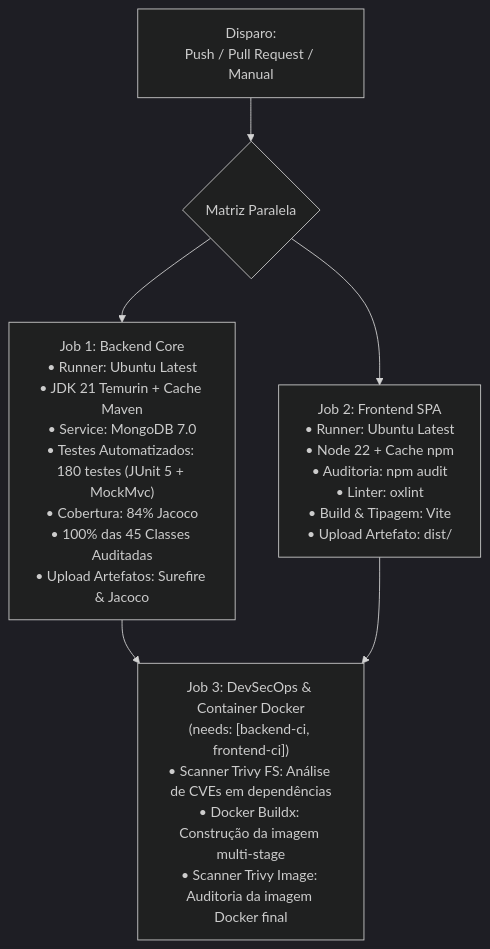
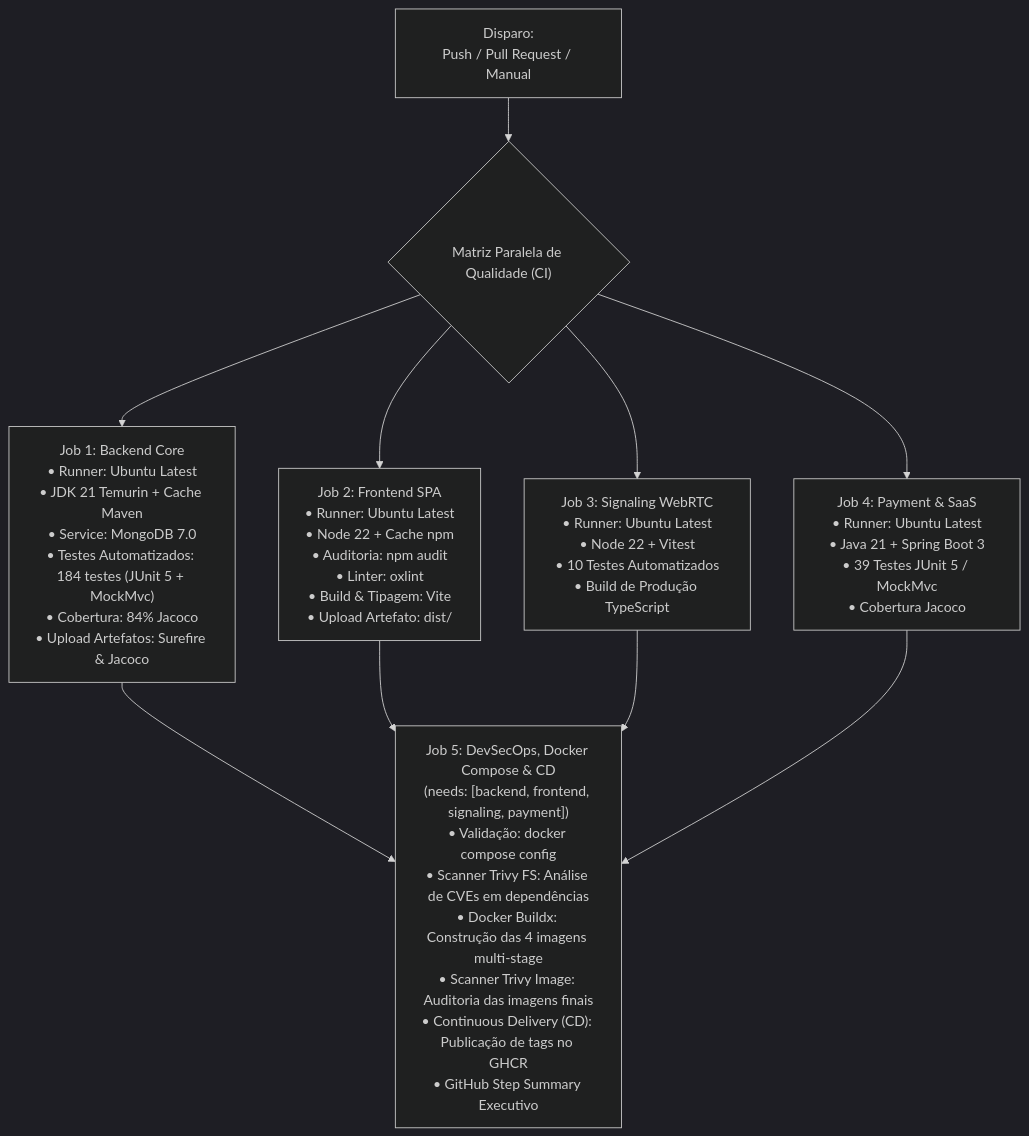
The diagram in 4-Semestre/devops/README.md (GuilhermeSilva-25/active-age), drawn with Mermaid (dark theme) before and after one commit. The commit also changed other lines of this file and 13 other files, not shown here.

````diff
--- a/4-Semestre/devops/README.md
+++ b/4-Semestre/devops/README.md
@@ -27,8 +27,12 @@
 ```mermaid
 flowchart TD
-    TRIG["Disparo:<br>Push / Pull Request / Manual"] --> FORK{"Matriz Paralela"}
-    FORK --> BACK["Job 1: Backend Core<br>• Runner: Ubuntu Latest<br>• JDK 21 Temurin + Cache Maven<br>• Service: MongoDB 7.0<br>• Testes Automatizados: 180 testes (JUnit 5 + MockMvc)<br>• Cobertura: 84% Jacoco<br>• 100% das 45 Classes Auditadas<br>• Upload Artefatos: Surefire & Jacoco"]
+    TRIG["Disparo:<br>Push / Pull Request / Manual"] --> FORK{"Matriz Paralela de Qualidade (CI)"}
+    FORK --> BACK["Job 1: Backend Core<br>• Runner: Ubuntu Latest<br>• JDK 21 Temurin + Cache Maven<br>• Service: MongoDB 7.0<br>• Testes Automatizados: 184 testes (JUnit 5 + MockMvc)<br>• Cobertura: 84% Jacoco<br>• Upload Artefatos: Surefire & Jacoco"]
     FORK --> FRONT["Job 2: Frontend SPA<br>• Runner: Ubuntu Latest<br>• Node 22 + Cache npm<br>• Auditoria: npm audit<br>• Linter: oxlint<br>• Build & Tipagem: Vite<br>• Upload Artefato: dist/"]
-    BACK --> SEC["Job 3: DevSecOps & Container Docker<br>(needs: [backend-ci, frontend-ci])<br>• Scanner Trivy FS: Análise de CVEs em dependências<br>• Docker Buildx: Construção da imagem multi-stage<br>• Scanner Trivy Image: Auditoria da imagem Docker final"]
+    FORK --> SIG["Job 3: Signaling WebRTC<br>• Runner: Ubuntu Latest<br>• Node 22 + Vitest<br>• 10 Testes Automatizados<br>• Build de Produção TypeScript"]
+    FORK --> PAG["Job 4: Payment & SaaS<br>• Runner: Ubuntu Latest<br>• Java 21 + Spring Boot 3<br>• 39 Testes JUnit 5 / MockMvc<br>• Cobertura Jacoco"]
+    BACK --> SEC["Job 5: DevSecOps, Docker Compose & CD<br>(needs: [backend, frontend, signaling, payment])<br>• Validação: docker compose config<br>• Scanner Trivy FS: Análise de CVEs em dependências<br>• Docker Buildx: Construção das 4 imagens multi-stage<br>• Scanner Trivy Image: Auditoria das imagens finais<br>• Continuous Delivery (CD): Publicação de tags no GHCR<br>• GitHub Step Summary Executivo"]
     FRONT --> SEC
+    SIG --> SEC
+    PAG --> SEC
 ```
````
